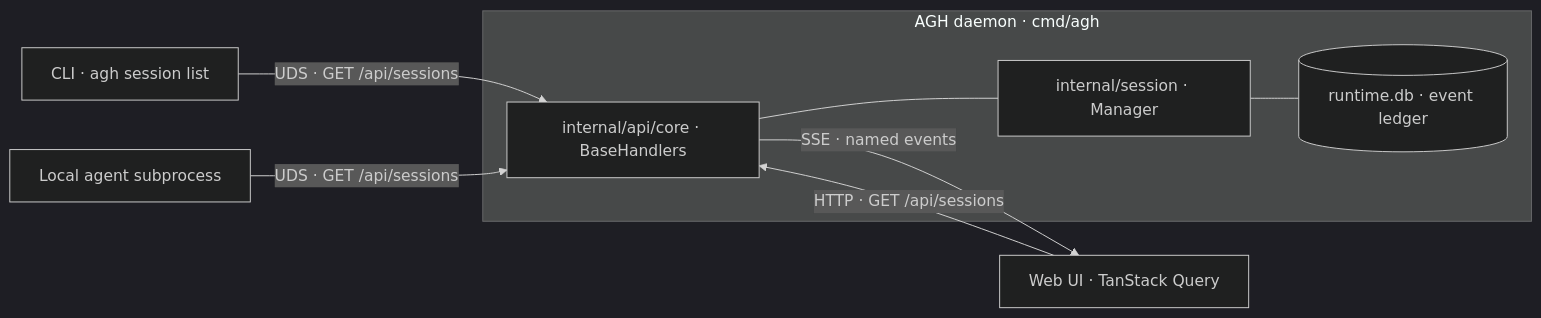
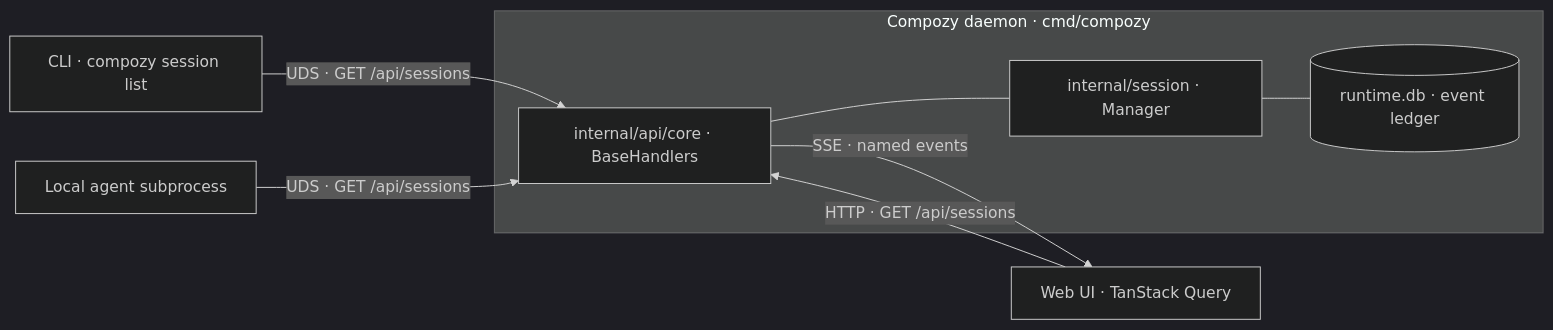
The diagram in docs/articles/2026-05/03-one-daemon-four-surfaces.mdx (compozy/compozy), drawn with Mermaid (dark theme) before and after one commit. The commit also changed other lines of this file and 831 other files, not shown here.

````diff
--- a/docs/articles/2026-05/03-one-daemon-four-surfaces.mdx
+++ b/docs/articles/2026-05/03-one-daemon-four-surfaces.mdx
@@ -39,17 +39,17 @@
 ```mermaid
 flowchart LR
-  subgraph daemon[AGH daemon · cmd/agh]
+  subgraph daemon[Compozy daemon · cmd/compozy]
     core[internal/api/core · BaseHandlers]
     db[(runtime.db · event ledger)]
     sessions[internal/session · Manager]
     core --- sessions
     sessions --- db
   end
-  cli[CLI · agh session list]
+  cli[CLI · compozy session list]
   web[Web UI · TanStack Query]
   agent[Local agent subprocess]
   cli -- "UDS · GET /api/sessions" --> core
   agent -- "UDS · GET /api/sessions" --> core
   web -- "HTTP · GET /api/sessions" --> core
   core -- "SSE · named events" --> web
 ```
````
